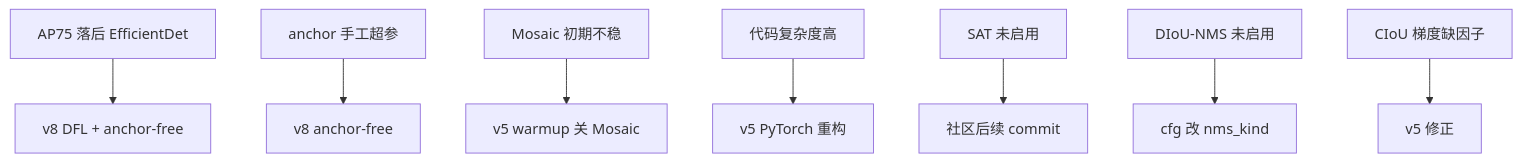
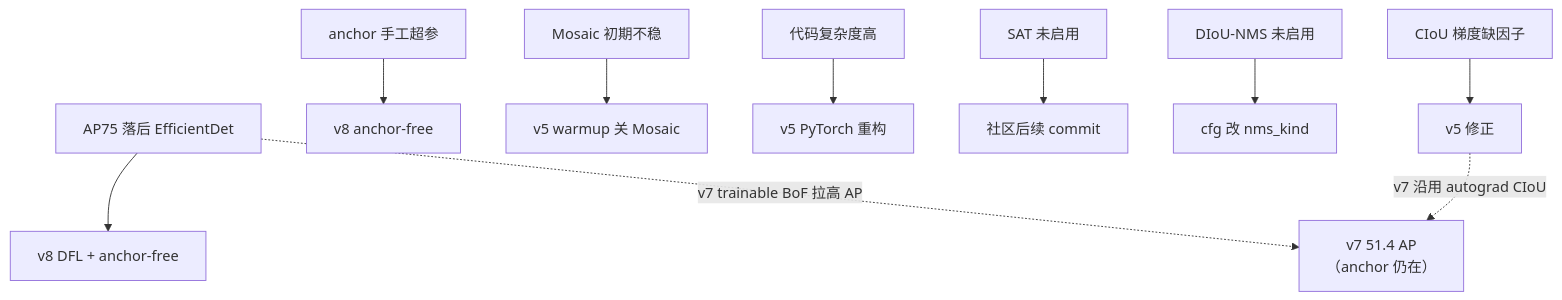
Before and after one commit to yejinlei/agent-yolo: the diagram in docs/versions/v4/painpoints.md, drawn with Mermaid. The commit also changed other lines of this file and 23 other files, not shown here.

````diff
--- a/docs/versions/v4/painpoints.md
+++ b/docs/versions/v4/painpoints.md
@@ -137,10 +137,12 @@
 ```mermaid
 flowchart TB
     P1["AP75 落后 EfficientDet"] --> FIX1["v8 DFL + anchor-free"]
     P2["anchor 手工超参"] --> FIX2["v8 anchor-free"]
     P3["Mosaic 初期不稳"] --> FIX3["v5 warmup 关 Mosaic"]
     P4["代码复杂度高"] --> FIX4["v5 PyTorch 重构"]
     P5["SAT 未启用"] --> FIX5["社区后续 commit"]
     P6["DIoU-NMS 未启用"] --> FIX6["cfg 改 nms_kind"]
     P7["CIoU 梯度缺因子"] --> FIX7["v5 修正"]
+    P1 -.v7 trainable BoF 拉高 AP.-> V7["v7 51.4 AP<br/>（anchor 仍在）"]
+    FIX7 -.v7 沿用 autograd CIoU.-> V7
 ```
````
